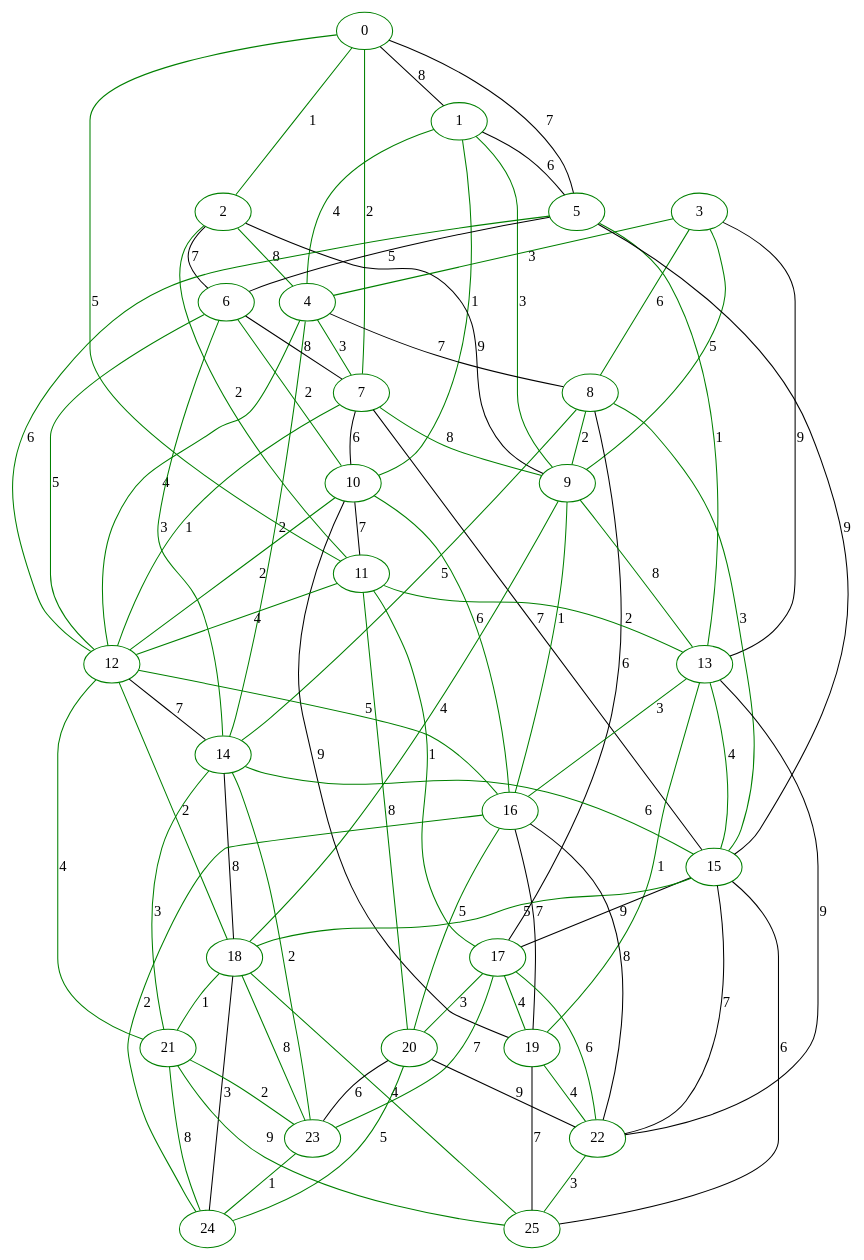
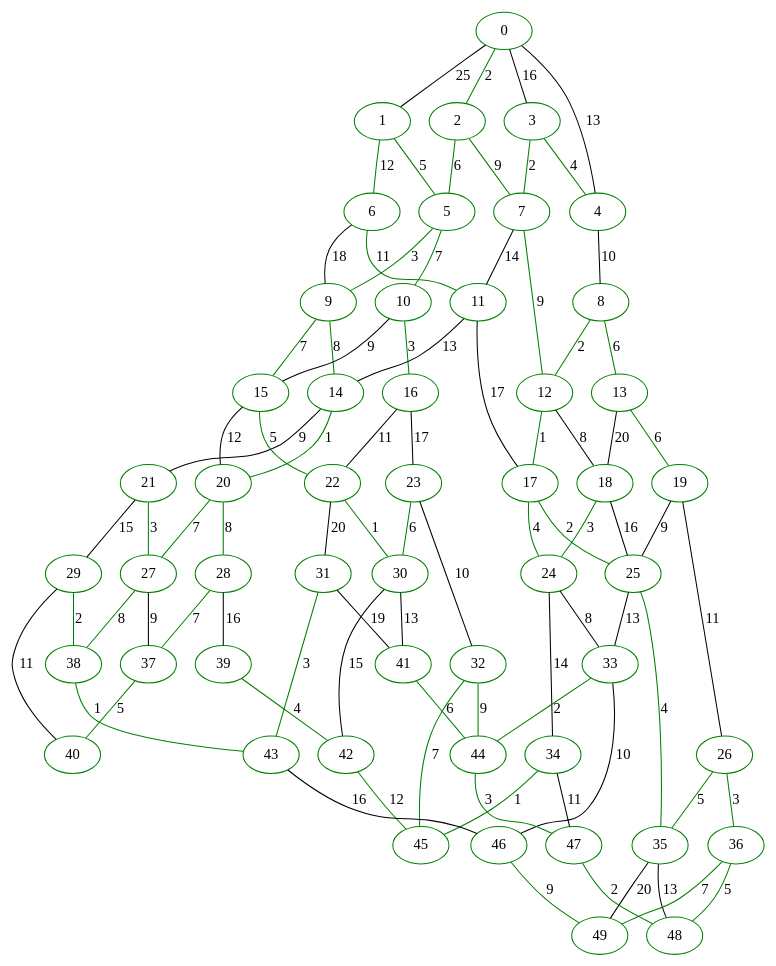
One commit to enzobonf/algoritmos-grafos changed the diagram in output.dot. Above: the diagram before and after it, drawn with Graphviz. The commit also changed 3 other files, not shown here.

```diff
--- a/output.dot
+++ b/output.dot
@@ -1,114 +1,136 @@
 graph G {
 0 [label="0", color=green];
 1 [label="1", color=green];
 2 [label="2", color=green];
 3 [label="3", color=green];
 4 [label="4", color=green];
 5 [label="5", color=green];
 6 [label="6", color=green];
 7 [label="7", color=green];
 8 [label="8", color=green];
 9 [label="9", color=green];
 10 [label="10", color=green];
 11 [label="11", color=green];
 12 [label="12", color=green];
 13 [label="13", color=green];
 14 [label="14", color=green];
 15 [label="15", color=green];
 16 [label="16", color=green];
 17 [label="17", color=green];
 18 [label="18", color=green];
 19 [label="19", color=green];
 20 [label="20", color=green];
 21 [label="21", color=green];
 22 [label="22", color=green];
 23 [label="23", color=green];
 24 [label="24", color=green];
 25 [label="25", color=green];
-0 -- 1 [label="8"];
-0 -- 2 [label="1", color=green];
-0 -- 5 [label="7"];
-0 -- 7 [label="2", color=green];
-0 -- 11 [label="5", color=green];
-1 -- 4 [label="4", color=green];
-1 -- 5 [label="6"];
-1 -- 9 [label="3", color=green];
-1 -- 10 [label="1", color=green];
-2 -- 4 [label="8", color=green];
-2 -- 6 [label="7"];
-2 -- 9 [label="9"];
-2 -- 11 [label="2", color=green];
-3 -- 4 [label="3", color=green];
-3 -- 8 [label="6", color=green];
-3 -- 9 [label="5", color=green];
-3 -- 13 [label="9"];
-4 -- 7 [label="3", color=green];
-4 -- 8 [label="7"];
-4 -- 12 [label="4", color=green];
-4 -- 14 [label="2", color=green];
-5 -- 6 [label="5"];
-5 -- 12 [label="6", color=green];
-5 -- 13 [label="1", color=green];
-5 -- 15 [label="9"];
-6 -- 7 [label="8"];
-6 -- 10 [label="2", color=green];
-6 -- 12 [label="5", color=green];
-6 -- 14 [label="3", color=green];
-7 -- 9 [label="8", color=green];
-7 -- 10 [label="6"];
-7 -- 12 [label="1", color=green];
-7 -- 15 [label="7"];
-8 -- 9 [label="2", color=green];
-8 -- 14 [label="5", color=green];
-8 -- 15 [label="3", color=green];
-8 -- 17 [label="6"];
-9 -- 13 [label="8", color=green];
-9 -- 16 [label="1", color=green];
-9 -- 18 [label="4", color=green];
-10 -- 11 [label="7"];
-10 -- 12 [label="2", color=green];
-10 -- 16 [label="6", color=green];
-10 -- 19 [label="9"];
-11 -- 12 [label="4", color=green];
-11 -- 13 [label="2", color=green];
-11 -- 17 [label="1", color=green];
-11 -- 20 [label="8", color=green];
-12 -- 14 [label="7"];
-12 -- 16 [label="5", color=green];
-12 -- 18 [label="2", color=green];
-12 -- 21 [label="4", color=green];
-13 -- 15 [label="4", color=green];
-13 -- 16 [label="3", color=green];
-13 -- 19 [label="1", color=green];
-13 -- 22 [label="9"];
-14 -- 15 [label="6", color=green];
-14 -- 18 [label="8"];
-14 -- 21 [label="3", color=green];
-14 -- 23 [label="2", color=green];
-15 -- 17 [label="9"];
-15 -- 18 [label="5", color=green];
-15 -- 22 [label="7"];
-15 -- 25 [label="6"];
-16 -- 19 [label="7"];
-16 -- 20 [label="5", color=green];
-16 -- 22 [label="8"];
-16 -- 24 [label="2", color=green];
-17 -- 19 [label="4", color=green];
-17 -- 20 [label="3", color=green];
-17 -- 22 [label="6", color=green];
-17 -- 23 [label="7", color=green];
-18 -- 21 [label="1", color=green];
-18 -- 23 [label="8", color=green];
-18 -- 24 [label="3"];
-18 -- 25 [label="4", color=green];
-19 -- 22 [label="4", color=green];
-19 -- 25 [label="7"];
-20 -- 22 [label="9"];
-20 -- 23 [label="6"];
-20 -- 24 [label="5", color=green];
-21 -- 23 [label="2", color=green];
-21 -- 24 [label="8", color=green];
-21 -- 25 [label="9", color=green];
-22 -- 25 [label="3", color=green];
-23 -- 24 [label="1", color=green];
+26 [label="26", color=green];
+27 [label="27", color=green];
+28 [label="28", color=green];
+29 [label="29", color=green];
+30 [label="30", color=green];
+31 [label="31", color=green];
+32 [label="32", color=green];
+33 [label="33", color=green];
+34 [label="34", color=green];
+35 [label="35", color=green];
+36 [label="36", color=green];
+37 [label="37", color=green];
+38 [label="38", color=green];
+39 [label="39", color=green];
+40 [label="40", color=green];
+41 [label="41", color=green];
+42 [label="42", color=green];
+43 [label="43", color=green];
+44 [label="44", color=green];
+45 [label="45", color=green];
+46 [label="46", color=green];
+47 [label="47", color=green];
+48 [label="48", color=green];
+49 [label="49", color=green];
+0 -- 1 [label="25"];
+0 -- 2 [label="2", color=green];
+0 -- 3 [label="16"];
+0 -- 4 [label="13"];
+1 -- 5 [label="5", color=green];
+1 -- 6 [label="12", color=green];
+2 -- 5 [label="6", color=green];
+2 -- 7 [label="9", color=green];
+3 -- 4 [label="4", color=green];
+3 -- 7 [label="2", color=green];
+4 -- 8 [label="10"];
+5 -- 9 [label="3", color=green];
+5 -- 10 [label="7", color=green];
+6 -- 9 [label="18"];
+6 -- 11 [label="11", color=green];
+7 -- 11 [label="14"];
+7 -- 12 [label="9", color=green];
+8 -- 12 [label="2", color=green];
+8 -- 13 [label="6", color=green];
+9 -- 14 [label="8", color=green];
+9 -- 15 [label="7", color=green];
+10 -- 15 [label="9"];
+10 -- 16 [label="3", color=green];
+11 -- 14 [label="13"];
+11 -- 17 [label="17"];
+12 -- 17 [label="1", color=green];
+12 -- 18 [label="8"];
+13 -- 18 [label="20"];
+13 -- 19 [label="6", color=green];
+14 -- 20 [label="1", color=green];
+14 -- 21 [label="9"];
+15 -- 20 [label="12"];
+15 -- 22 [label="5", color=green];
+16 -- 22 [label="11"];
+16 -- 23 [label="17"];
+17 -- 24 [label="4", color=green];
+17 -- 25 [label="2", color=green];
+18 -- 24 [label="3", color=green];
+18 -- 25 [label="16"];
+19 -- 25 [label="9"];
+19 -- 26 [label="11"];
+20 -- 27 [label="7", color=green];
+20 -- 28 [label="8", color=green];
+21 -- 27 [label="3", color=green];
+21 -- 29 [label="15"];
+22 -- 30 [label="1", color=green];
+22 -- 31 [label="20"];
+23 -- 30 [label="6", color=green];
+23 -- 32 [label="10"];
+24 -- 33 [label="8"];
+24 -- 34 [label="14"];
+25 -- 33 [label="13"];
+25 -- 35 [label="4", color=green];
+26 -- 35 [label="5", color=green];
+26 -- 36 [label="3", color=green];
+27 -- 37 [label="9"];
+27 -- 38 [label="8", color=green];
+28 -- 37 [label="7", color=green];
+28 -- 39 [label="16"];
+29 -- 38 [label="2", color=green];
+29 -- 40 [label="11"];
+30 -- 41 [label="13"];
+30 -- 42 [label="15"];
+31 -- 41 [label="19"];
+31 -- 43 [label="3", color=green];
+32 -- 44 [label="9", color=green];
+32 -- 45 [label="7", color=green];
+33 -- 44 [label="2", color=green];
+33 -- 46 [label="10"];
+34 -- 45 [label="1", color=green];
+34 -- 47 [label="11"];
+35 -- 48 [label="13"];
+35 -- 49 [label="20"];
+36 -- 48 [label="5", color=green];
+36 -- 49 [label="7", color=green];
+37 -- 40 [label="5", color=green];
+38 -- 43 [label="1", color=green];
+39 -- 42 [label="4", color=green];
+41 -- 44 [label="6", color=green];
+42 -- 45 [label="12", color=green];
+43 -- 46 [label="16"];
+44 -- 47 [label="3", color=green];
+46 -- 49 [label="9", color=green];
+47 -- 48 [label="2", color=green];
 }
```
